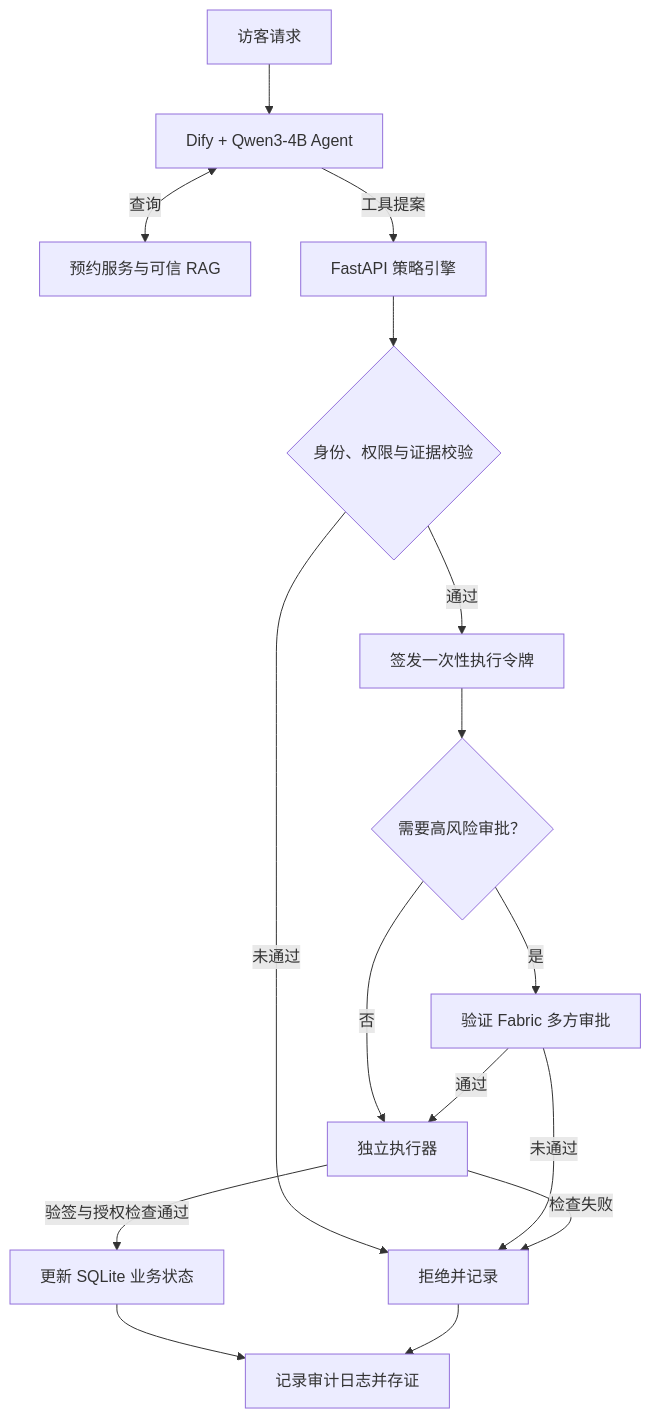
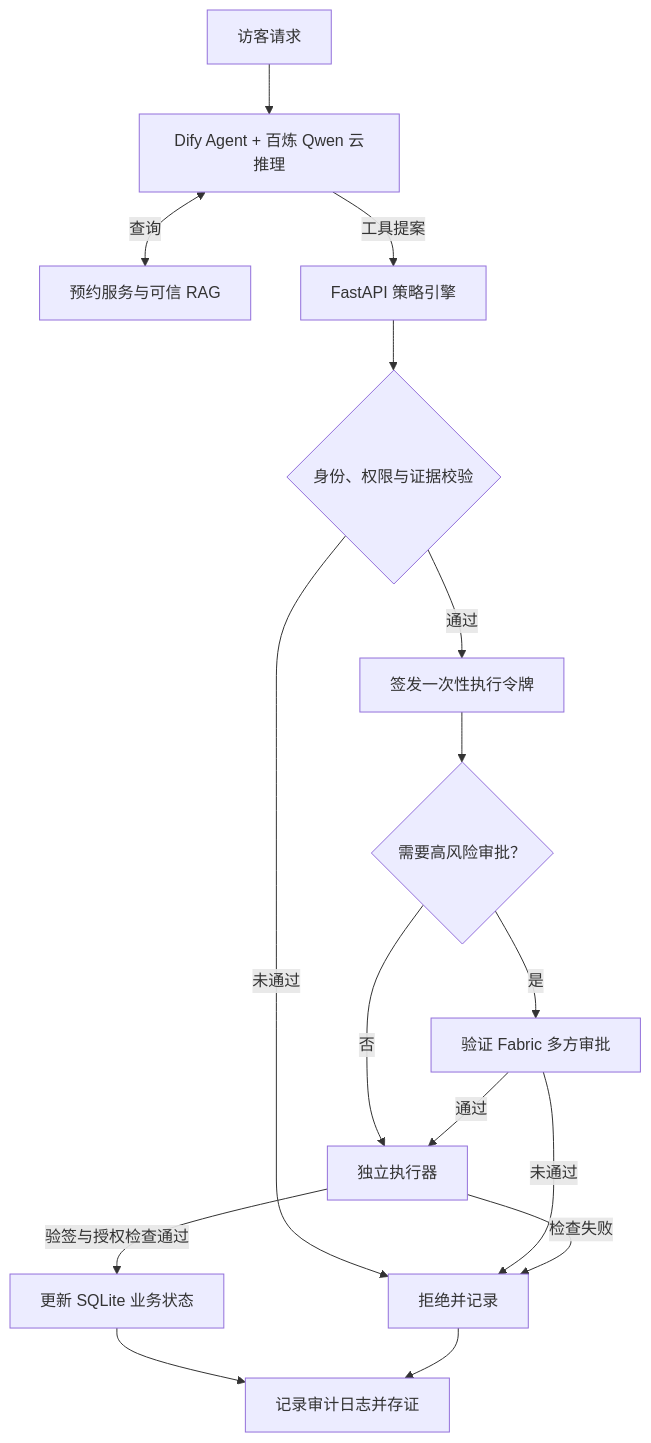
One commit to Gump111458785/edge-agent-trust changed the diagram in README.md. Above: the diagram before and after it, drawn with Mermaid. The commit also changed other lines of this file and 2 other files, not shown here.

Commit message:
docs: publish verified Dify Agent smoke test

````diff
--- a/README.md
+++ b/README.md
@@ -16,18 +24,18 @@
 ```mermaid
 flowchart TD
-    U["访客请求"] --> A["Dify + Qwen3-4B Agent"]
+    U["访客请求"] --> A["Dify Agent + 百炼 Qwen 云推理"]
     A <-->|查询| R["预约服务与可信 RAG"]
     A -->|工具提案| P["FastAPI 策略引擎"]
     P --> D{"身份、权限与证据校验"}
     D -->|未通过| X["拒绝并记录"]
     D -->|通过| T["签发一次性执行令牌"]
     T --> H{"需要高风险审批？"}
     H -->|是| F["验证 Fabric 多方审批"]
     H -->|否| E["独立执行器"]
     F -->|通过| E
     F -->|未通过| X
     E -->|验签与授权检查通过| S["更新 SQLite 业务状态"]
     E -->|检查失败| X
     S --> L["记录审计日志并存证"]
     X --> L
 ```
````
